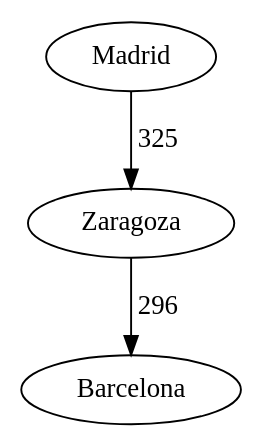
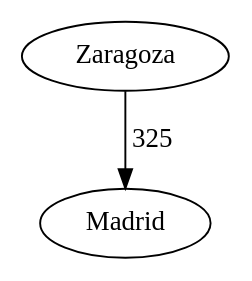
Before and after one commit to dani3l8200/EDD_PROYECTO2_201801364_201807100: the diagram in RutaN.dot, drawn with Graphviz. The commit also changed 43 other files, not shown here.

```diff
--- a/RutaN.dot
+++ b/RutaN.dot
@@ -1,9 +1,7 @@
 digraph D {
 
+	Zaragoza[label="Zaragoza"]
 	Madrid[label="Madrid"]
-	Zaragoza[label="Zaragoza"]
-	Madrid -> Zaragoza [label="325"]
-	Barcelona[label="Barcelona"]
-	Zaragoza -> Barcelona [label="296"]
+	Zaragoza -> Madrid [label="325"]
 
 }
```
